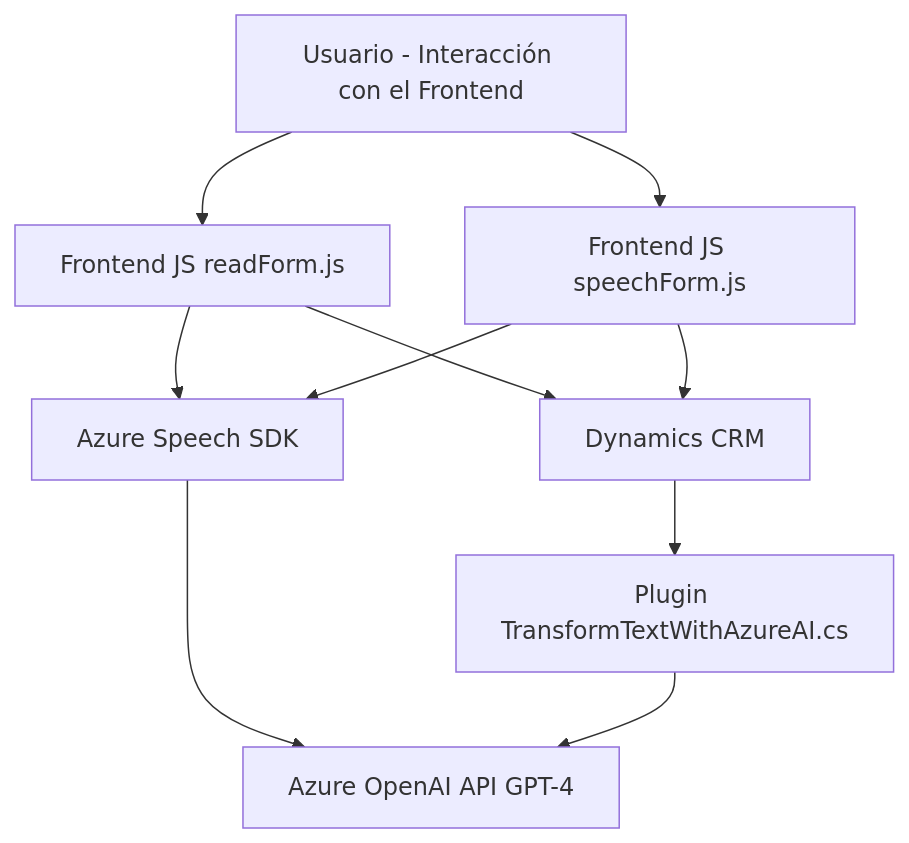
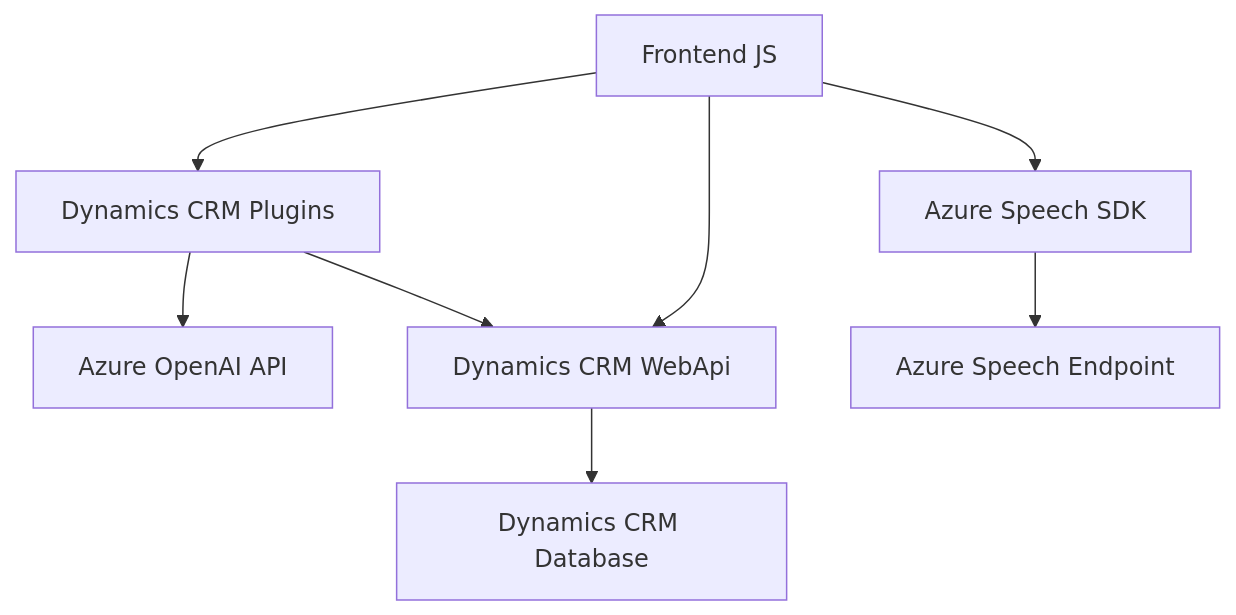
The diagram in README.md (blopezdm/NETCORE_BILBAO2025), drawn with Mermaid before and after one commit. The commit also changed other lines of this file, not shown here.

Commit message:
Actualizar análisis global de la solución con IA

````diff
--- a/README.md
+++ b/README.md
@@ -55,20 +46,10 @@
 ```mermaid
 graph TD
-    A["Usuario - Interacción con el Frontend"]
-    B["Frontend JS readForm.js"]
-    C["Frontend JS speechForm.js"]
-    D["Azure Speech SDK"]
-    E["Plugin TransformTextWithAzureAI.cs"]
-    F["Dynamics CRM"]
-    G["Azure OpenAI API GPT-4"]
-
-    A --> B
-    A --> C
-    B --> D
-    C --> D
-    B --> F
-    C --> F
-    D --> G
-    F --> E
-    E --> G
+    A["Frontend JS"] --> B["Dynamics CRM Plugins"]
+    B["Dynamics CRM Plugins"] --> C["Azure OpenAI API"]
+    A["Frontend JS"] --> D["Azure Speech SDK"]
+    A["Frontend JS"] --> E["Dynamics CRM WebApi"]
+    D["Azure Speech SDK"] --> F["Azure Speech Endpoint"]
+    B["Dynamics CRM Plugins"] --> E["Dynamics CRM WebApi"]
+    E["Dynamics CRM WebApi"] --> G["Dynamics CRM Database"]
 ```
````
